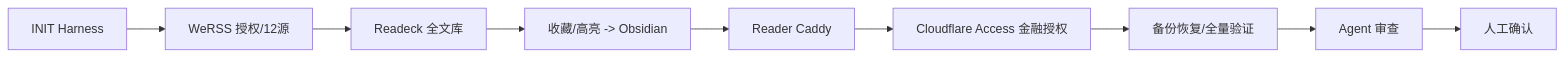
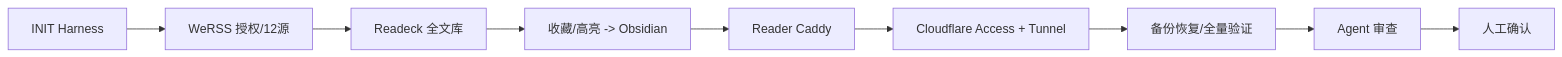
Before and after one commit to summerchaserwwz/wechat-rss-reader: the first of 2 diagrams in coding-agent-harness/planning/tasks/2026-07-14-werss-folo-obsidian-7118a818/visual_map.md, drawn with Mermaid. The commit also changed other lines of this file and 14 other files, not shown here.

Commit message:
feat: enable private Cloudflare reader access

````diff
--- a/coding-agent-harness/planning/tasks/2026-07-14-werss-folo-obsidian-7118a818/visual_map.md
+++ b/coding-agent-harness/planning/tasks/2026-07-14-werss-folo-obsidian-7118a818/visual_map.md
@@ -7,11 +7,11 @@
 ```mermaid
 flowchart LR
   I["INIT Harness"] --> W["WeRSS 授权/12源"]
   W --> R["Readeck 全文库"]
   R --> O["收藏/高亮 -> Obsidian"]
   O --> C["Reader Caddy"]
-  C --> CF["Cloudflare Access 金融授权"]
+  C --> CF["Cloudflare Access + Tunnel"]
   CF --> B["备份恢复/全量验证"]
   B --> V["Agent 审查"]
   V --> H["人工确认"]
 ```
````
